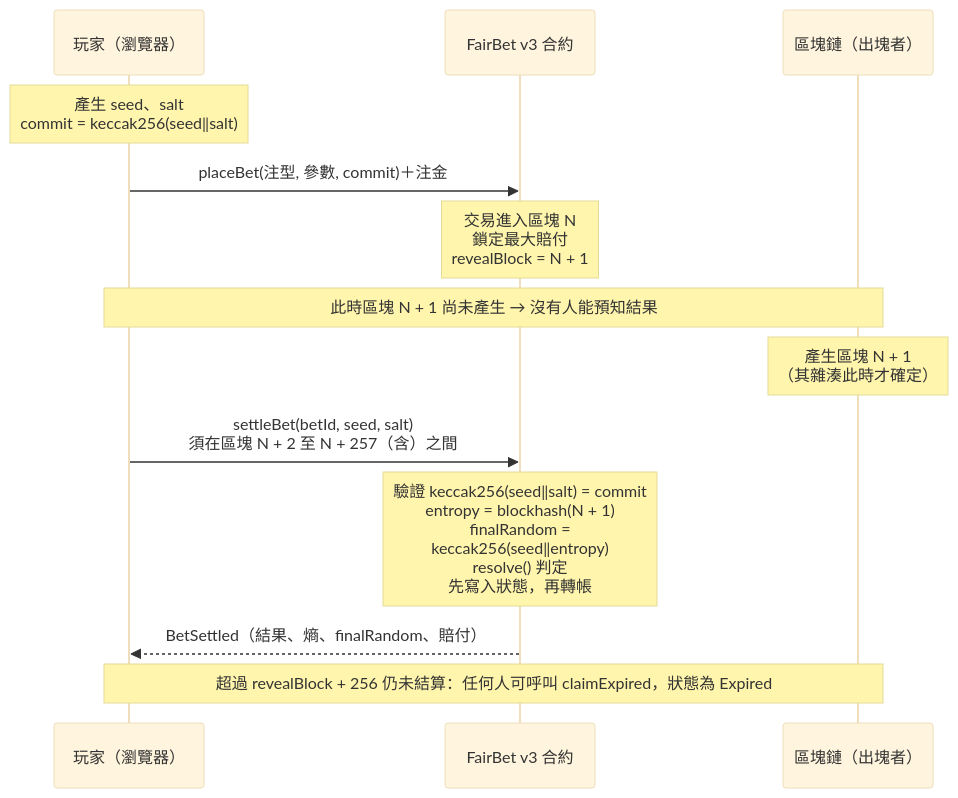
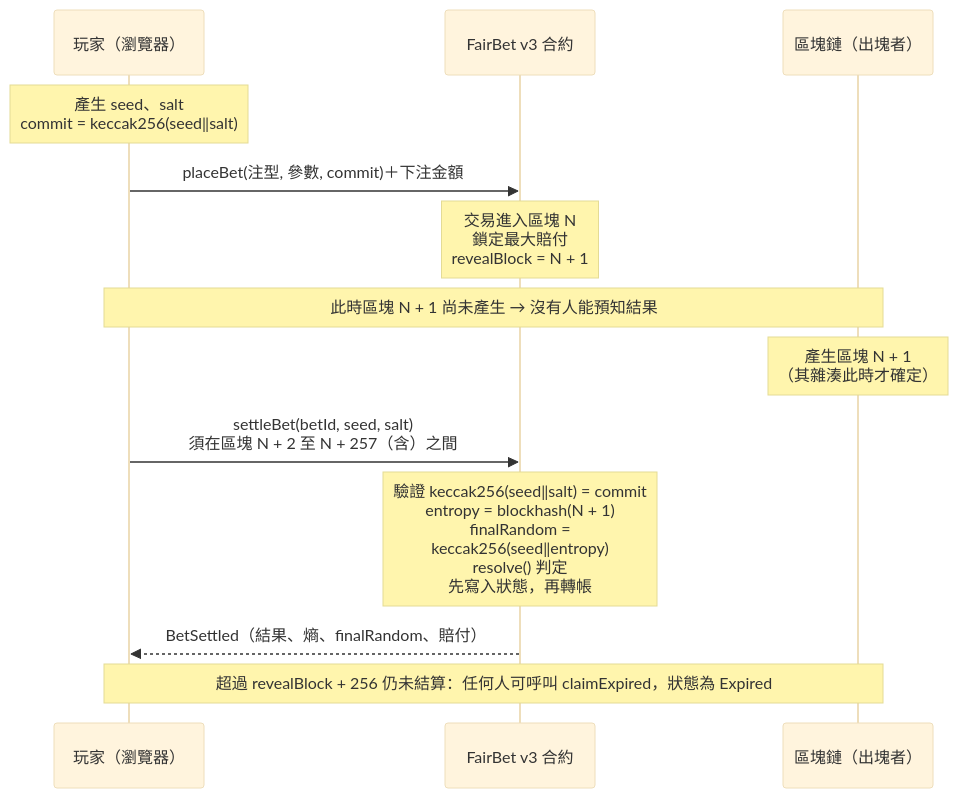
Before and after one commit to chien0701/Blockchain-Game: the diagram in docs/專題本/圖/src/fig02_protocol.mmd, drawn with Mermaid (base theme). The commit also changed 33 other files, not shown here.

```diff
--- a/docs/專題本/圖/src/fig02_protocol.mmd
+++ b/docs/專題本/圖/src/fig02_protocol.mmd
@@ -1,13 +1,13 @@
 sequenceDiagram
   participant P as 玩家（瀏覽器）
   participant C as FairBet v3 合約
   participant B as 區塊鏈（出塊者）
   Note over P: 產生 seed、salt<br/>commit = keccak256(seed‖salt)
-  P->>C: placeBet(注型, 參數, commit)＋注金
+  P->>C: placeBet(注型, 參數, commit)＋下注金額
   Note over C: 交易進入區塊 N<br/>鎖定最大賠付<br/>revealBlock = N + 1
   Note over P,B: 此時區塊 N + 1 尚未產生 → 沒有人能預知結果
   Note over B: 產生區塊 N + 1<br/>（其雜湊此時才確定）
   P->>C: settleBet(betId, seed, salt)<br/>須在區塊 N + 2 至 N + 257（含）之間
   Note over C: 驗證 keccak256(seed‖salt) = commit<br/>entropy = blockhash(N + 1)<br/>finalRandom =<br/>keccak256(seed‖entropy)<br/>resolve() 判定<br/>先寫入狀態，再轉帳
   C-->>P: BetSettled（結果、熵、finalRandom、賠付）
   Note over P,B: 超過 revealBlock + 256 仍未結算：任何人可呼叫 claimExpired，狀態為 Expired
```
